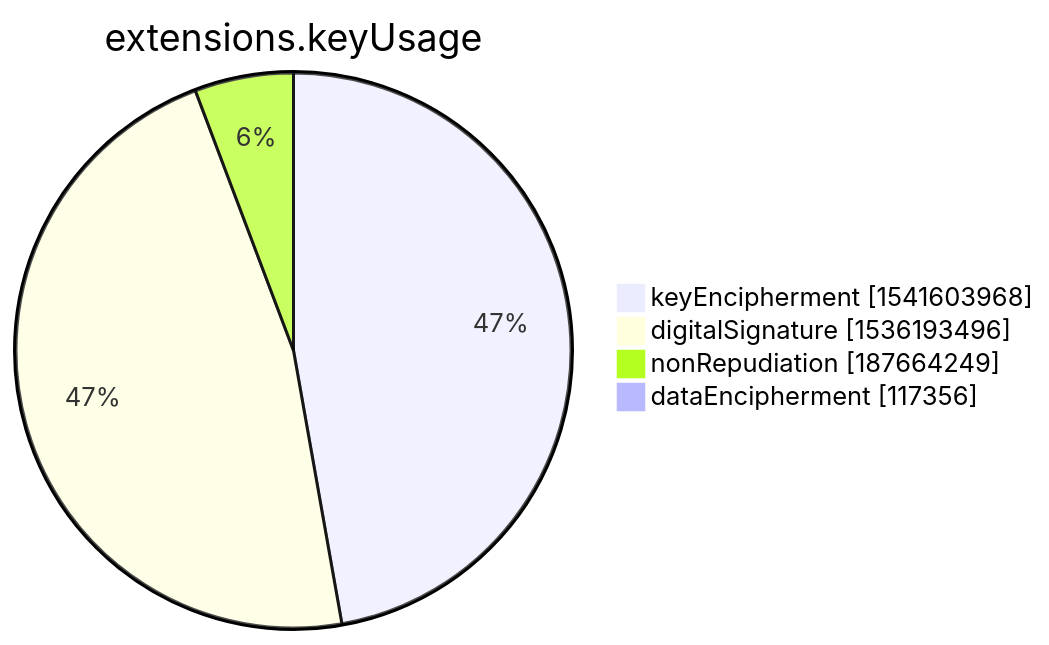
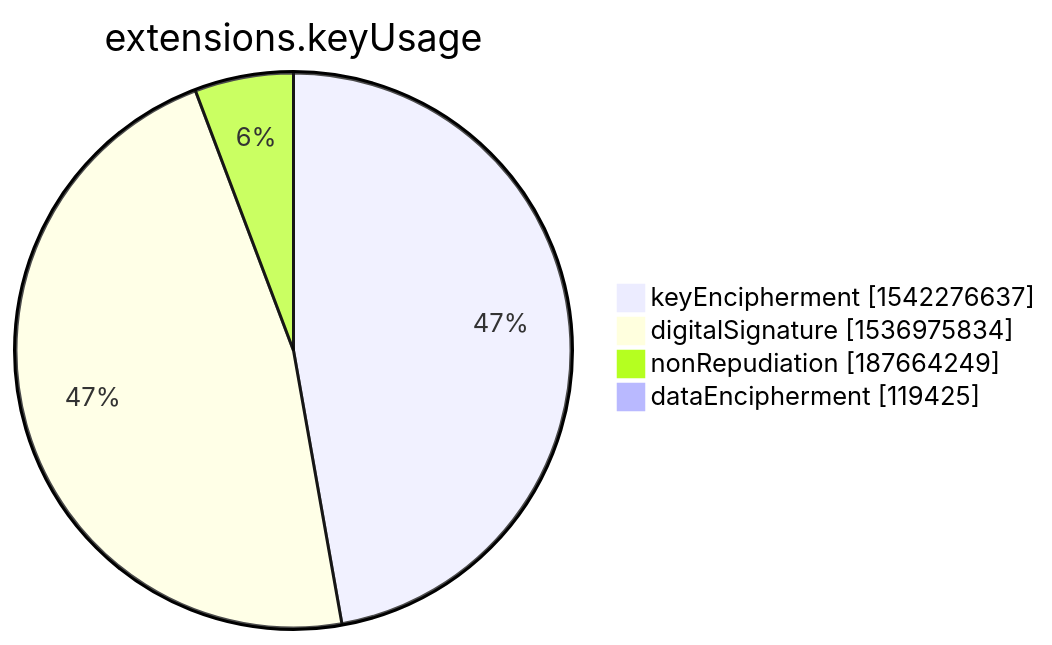
Before and after one commit to christiankrug/ctmonitor_visualization: the seventh of 15 diagrams in xenon2022/README.md, drawn with Mermaid. The commit also changed other lines of this file, not shown here.

````diff
--- a/xenon2022/README.md
+++ b/xenon2022/README.md
@@ -2849,8 +2851,8 @@
 ```mermaid
 pie showData
 title extensions.keyUsage
-"keyEncipherment" :1541603968
-"digitalSignature" :1536193496
+"keyEncipherment" :1542276637
+"digitalSignature" :1536975834
 "nonRepudiation" :187664249
-"dataEncipherment" :117356
+"dataEncipherment" :119425
 ```
````
